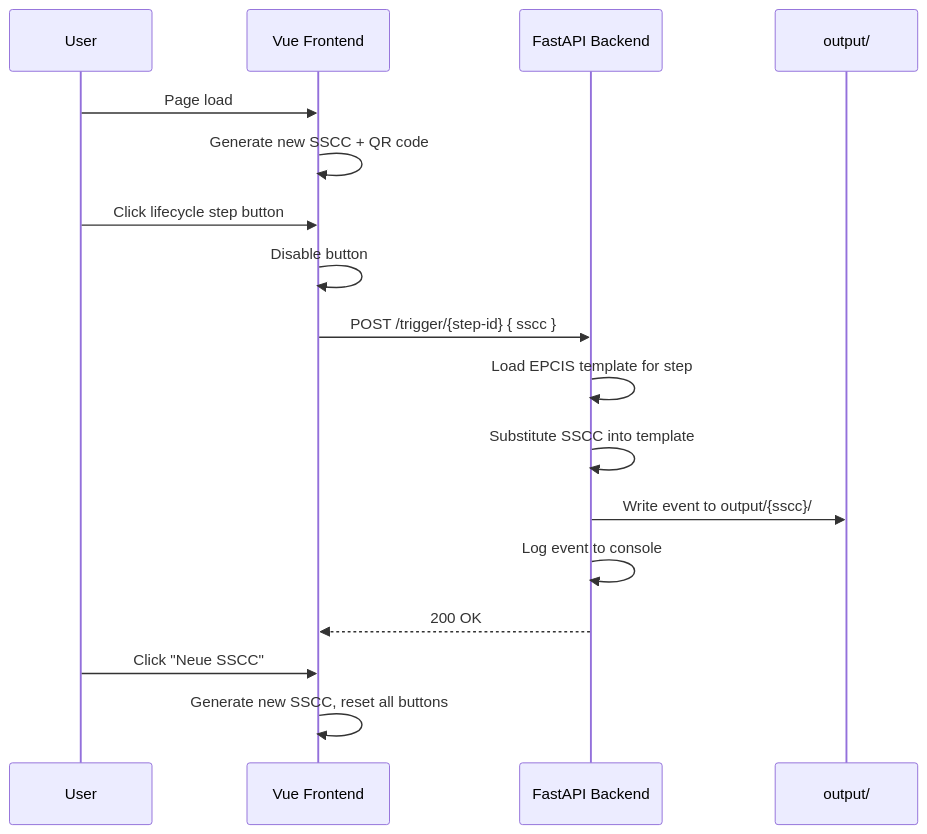
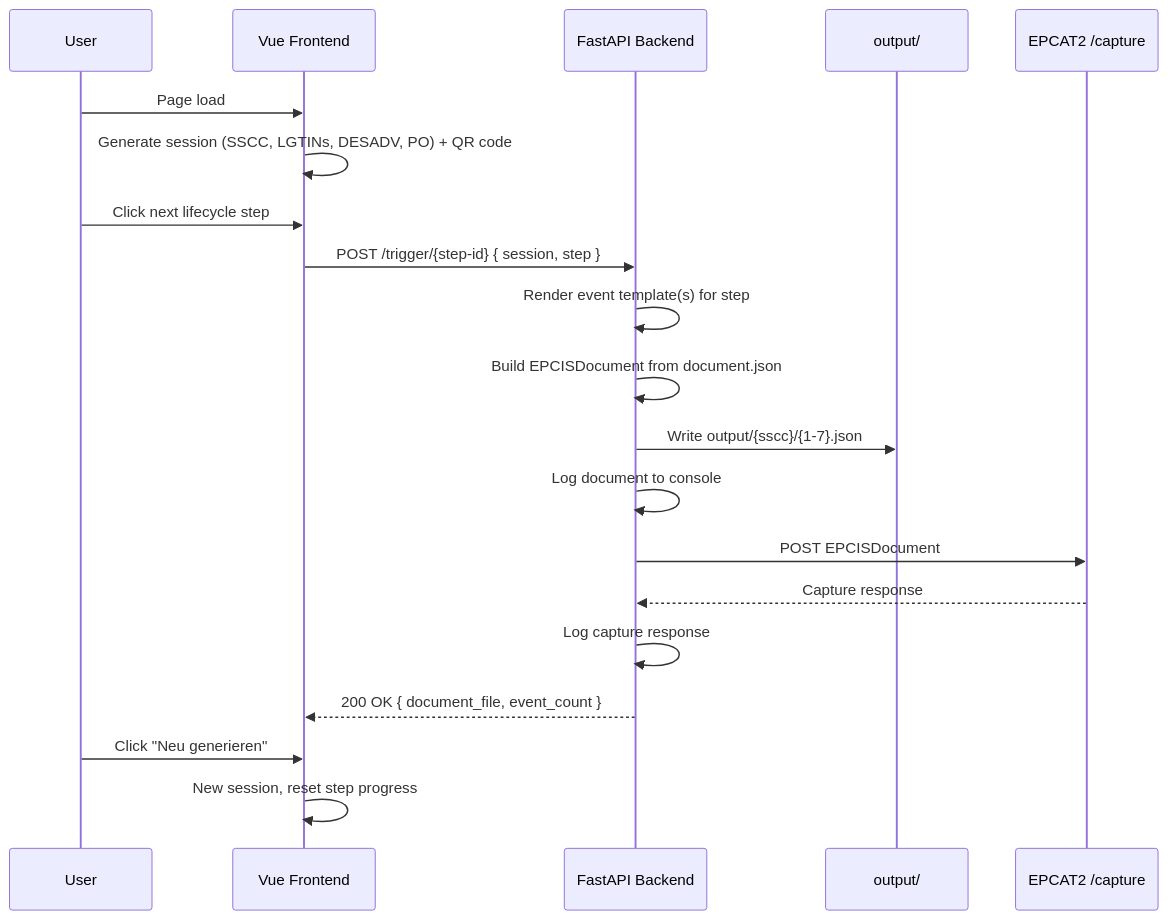
Before and after one commit to project-construct-x/Lindner-Demonstrator: the diagram in docs/index.md, drawn with Mermaid. The commit also changed other lines of this file and 1 other file, not shown here.

````diff
--- a/docs/index.md
+++ b/docs/index.md
@@ -128,22 +36,25 @@
 ```mermaid
 sequenceDiagram
     participant U as User
     participant FE as Vue Frontend
     participant BE as FastAPI Backend
     participant FS as output/
+    participant EP as EPCAT2 /capture
 
     U->>FE: Page load
-    FE->>FE: Generate new SSCC + QR code
+    FE->>FE: Generate session (SSCC, LGTINs, DESADV, PO) + QR code
 
-    U->>FE: Click lifecycle step button
-    FE->>FE: Disable button
-    FE->>BE: POST /trigger/{step-id} { sscc }
-    BE->>BE: Load EPCIS template for step
-    BE->>BE: Substitute SSCC into template
-    BE->>FS: Write event to output/{sscc}/
-    BE->>BE: Log event to console
-    BE-->>FE: 200 OK
+    U->>FE: Click next lifecycle step
+    FE->>BE: POST /trigger/{step-id} { session, step }
+    BE->>BE: Render event template(s) for step
+    BE->>BE: Build EPCISDocument from document.json
+    BE->>FS: Write output/{sscc}/{1-7}.json
+    BE->>BE: Log document to console
+    BE->>EP: POST EPCISDocument
+    EP-->>BE: Capture response
+    BE->>BE: Log capture response
+    BE-->>FE: 200 OK { document_file, event_count }
 
-    U->>FE: Click "Neue SSCC"
-    FE->>FE: Generate new SSCC, reset all buttons
+    U->>FE: Click "Neu generieren"
+    FE->>FE: New session, reset step progress
 ```
````
